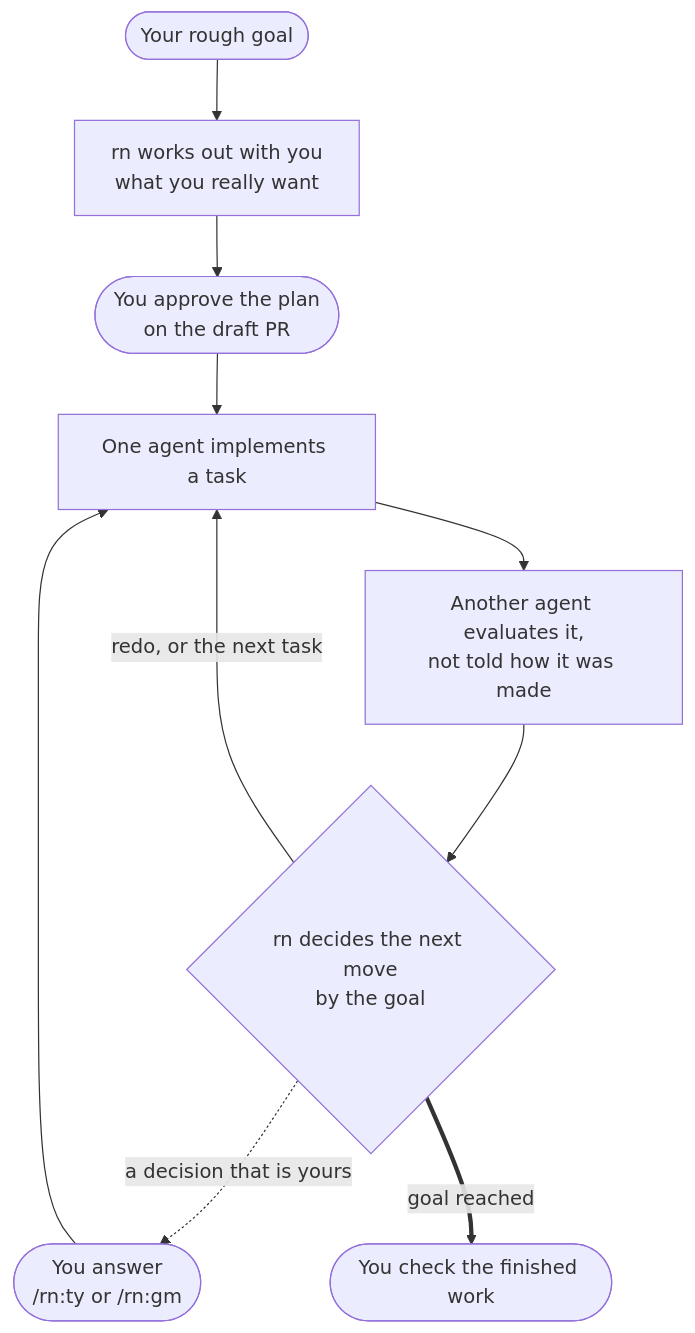
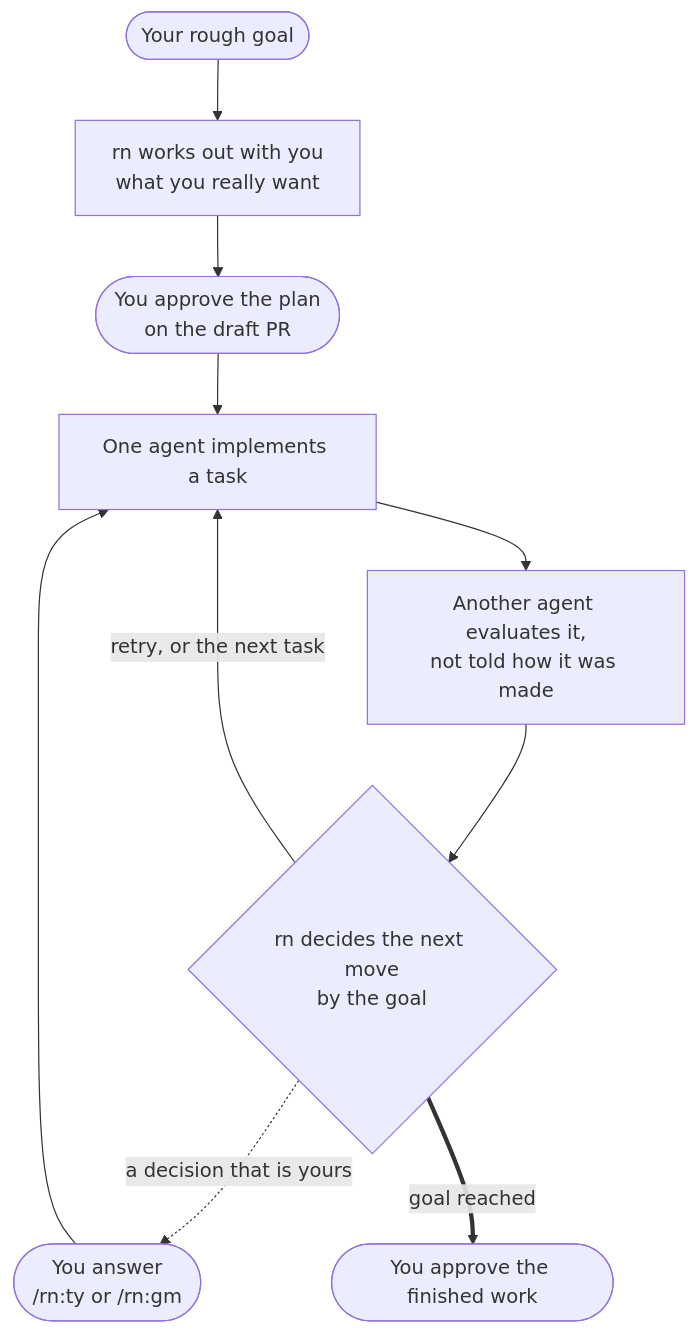
Before and after one commit to lovaizu/ccpm: the first of 2 diagrams in rn/README.md, drawn with Mermaid. The commit also changed other lines of this file and 8 other files, not shown here.

````diff
--- a/rn/README.md
+++ b/rn/README.md
@@ -21,12 +21,12 @@
 ```mermaid
 flowchart TD
   G([Your rough goal]) --> O[rn works out with you<br/>what you really want]
   O --> P([You approve the plan<br/>on the draft PR])
   P --> B[One agent implements a task]
   B --> J[Another agent evaluates it,<br/>not told how it was made]
   J --> C{rn decides the next move<br/>by the goal}
-  C -->|redo, or the next task| B
+  C -->|retry, or the next task| B
   C -.->|a decision that is yours| Y([You answer<br/>/rn:ty or /rn:gm])
   Y --> B
-  C ==>|goal reached| D([You check the finished work])
+  C ==>|goal reached| D([You approve the finished work])
 ```
````
